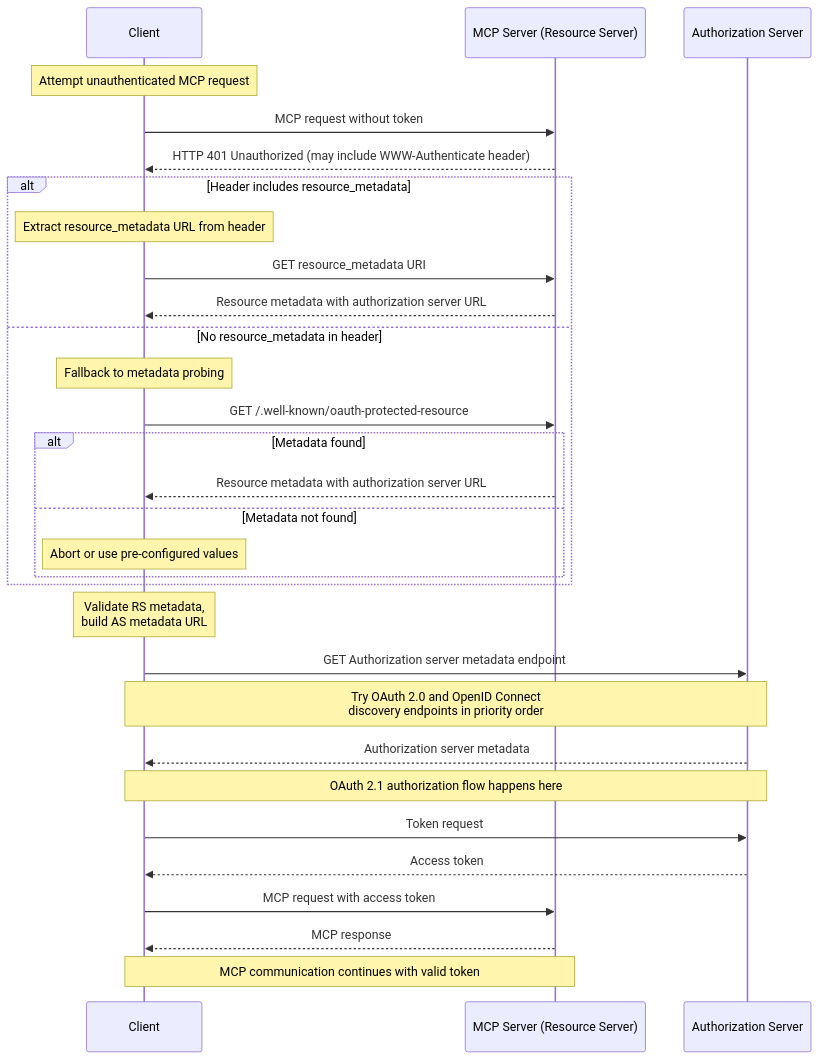
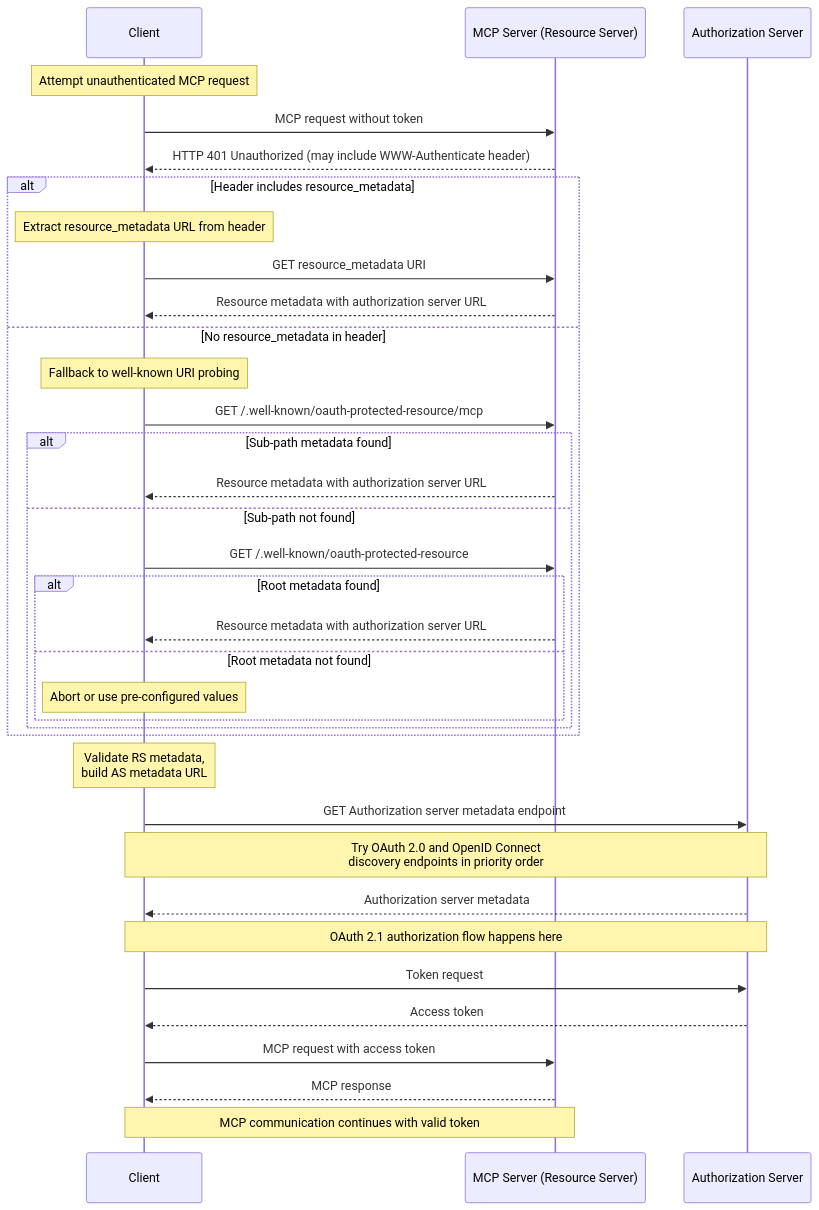
One commit to modelcontextprotocol/modelcontextprotocol changed the first of 2 diagrams in docs/specification/draft/basic/authorization.mdx. Above: the diagram before and after it, drawn with Mermaid.

Commit message:
make mermaid more explicit

````diff
--- a/docs/specification/draft/basic/authorization.mdx
+++ b/docs/specification/draft/basic/authorization.mdx
@@ -125,39 +125,44 @@
 ```mermaid
 sequenceDiagram
     participant C as Client
     participant M as MCP Server (Resource Server)
     participant A as Authorization Server
 
     Note over C: Attempt unauthenticated MCP request
     C->>M: MCP request without token
     M-->>C: HTTP 401 Unauthorized (may include WWW-Authenticate header)
 
     alt Header includes resource_metadata
         Note over C: Extract resource_metadata URL from header
         C->>M: GET resource_metadata URI
         M-->>C: Resource metadata with authorization server URL
     else No resource_metadata in header
-        Note over C: Fallback to metadata probing
-        C->>M: GET /.well-known/oauth-protected-resource
-        alt Metadata found
+        Note over C: Fallback to well-known URI probing
+        C->>M: GET /.well-known/oauth-protected-resource/mcp
+        alt Sub-path metadata found
             M-->>C: Resource metadata with authorization server URL
-        else Metadata not found
-            Note over C: Abort or use pre-configured values
+        else Sub-path not found
+            C->>M: GET /.well-known/oauth-protected-resource
+            alt Root metadata found
+                M-->>C: Resource metadata with authorization server URL
+            else Root metadata not found
+                Note over C: Abort or use pre-configured values
+            end
         end
     end
 
     Note over C: Validate RS metadata,<br />build AS metadata URL
 
     C->>A: GET Authorization server metadata endpoint
     Note over C,A: Try OAuth 2.0 and OpenID Connect<br/>discovery endpoints in priority order
     A-->>C: Authorization server metadata
 
     Note over C,A: OAuth 2.1 authorization flow happens here
 
     C->>A: Token request
     A-->>C: Access token
 
     C->>M: MCP request with access token
     M-->>C: MCP response
     Note over C,M: MCP communication continues with valid token
 ```
````
